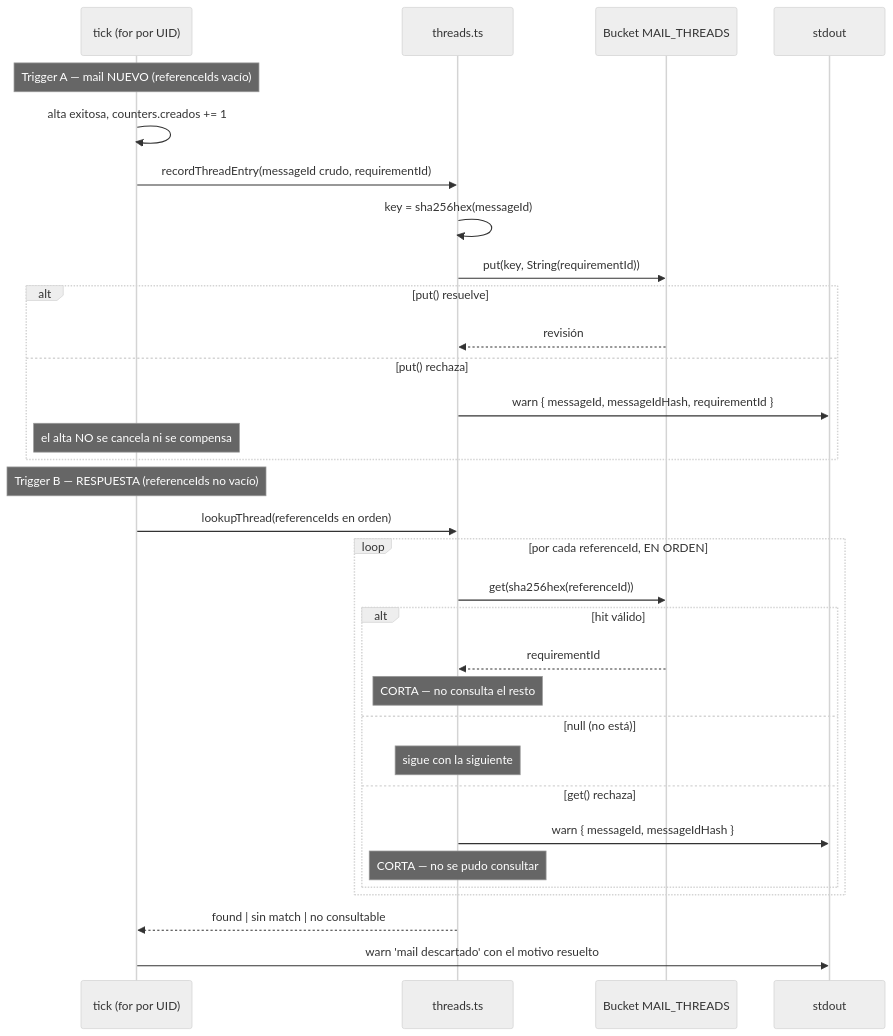
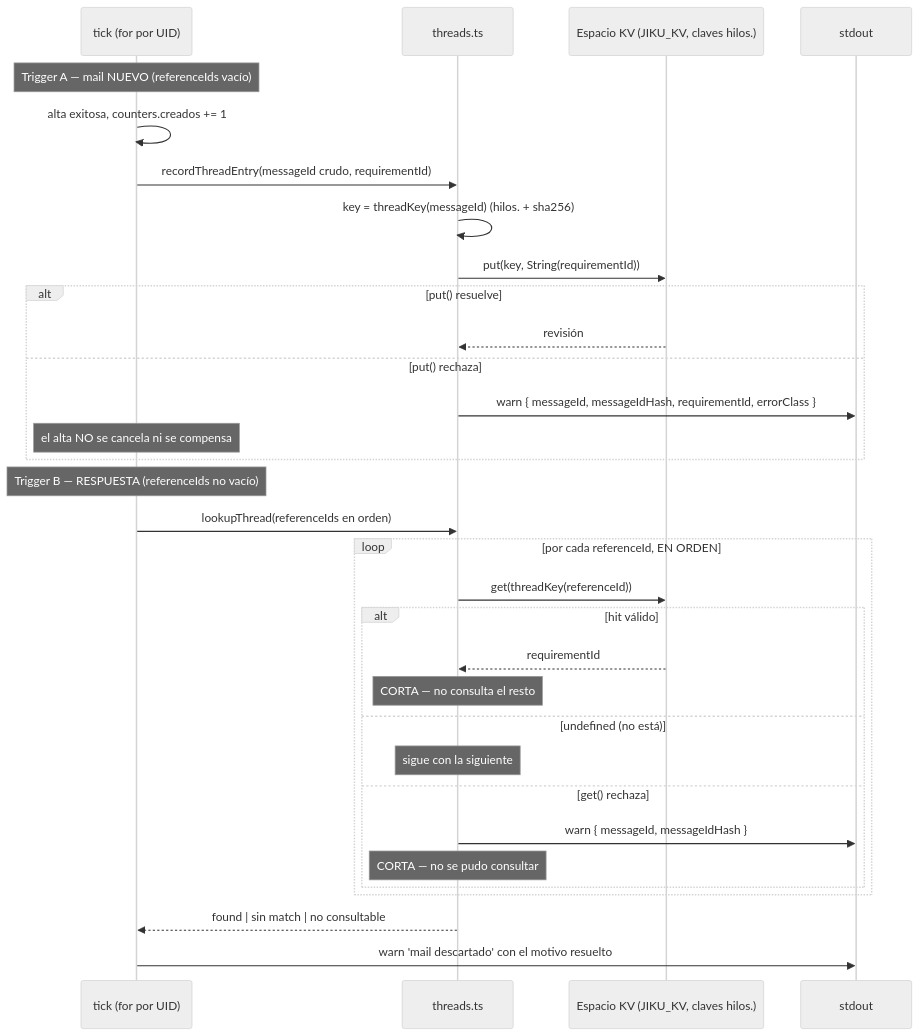
The diagram in docs/flows/mapa-de-hilos-en-kv.md (gravadigital/jiku-email-tickets), drawn with Mermaid (neutral theme) before and after one commit. The commit also changed other lines of this file and 22 other files, not shown here.

````diff
--- a/docs/flows/mapa-de-hilos-en-kv.md
+++ b/docs/flows/mapa-de-hilos-en-kv.md
@@ -70,36 +76,36 @@
 ```mermaid
 sequenceDiagram
     participant TICK as tick (for por UID)
     participant TH as threads.ts
-    participant KV as Bucket MAIL_THREADS
+    participant KV as Espacio KV (JIKU_KV, claves hilos.)
     participant LOG as stdout
 
     Note over TICK: Trigger A — mail NUEVO (referenceIds vacío)
     TICK->>TICK: alta exitosa, counters.creados += 1
     TICK->>TH: recordThreadEntry(messageId crudo, requirementId)
-    TH->>TH: key = sha256hex(messageId)
+    TH->>TH: key = threadKey(messageId)  (hilos. + sha256)
     TH->>KV: put(key, String(requirementId))
     alt put() resuelve
         KV-->>TH: revisión
     else put() rechaza
-        TH->>LOG: warn { messageId, messageIdHash, requirementId }
+        TH->>LOG: warn { messageId, messageIdHash, requirementId, errorClass }
         Note over TICK: el alta NO se cancela ni se compensa
     end
 
     Note over TICK: Trigger B — RESPUESTA (referenceIds no vacío)
     TICK->>TH: lookupThread(referenceIds en orden)
     loop por cada referenceId, EN ORDEN
-        TH->>KV: get(sha256hex(referenceId))
+        TH->>KV: get(threadKey(referenceId))
         alt hit válido
             KV-->>TH: requirementId
             Note over TH: CORTA — no consulta el resto
-        else null (no está)
+        else undefined (no está)
             Note over TH: sigue con la siguiente
         else get() rechaza
             TH->>LOG: warn { messageId, messageIdHash }
             Note over TH: CORTA — no se pudo consultar
         end
     end
     TH-->>TICK: found | sin match | no consultable
     TICK->>LOG: warn 'mail descartado' con el motivo resuelto
 ```
````
